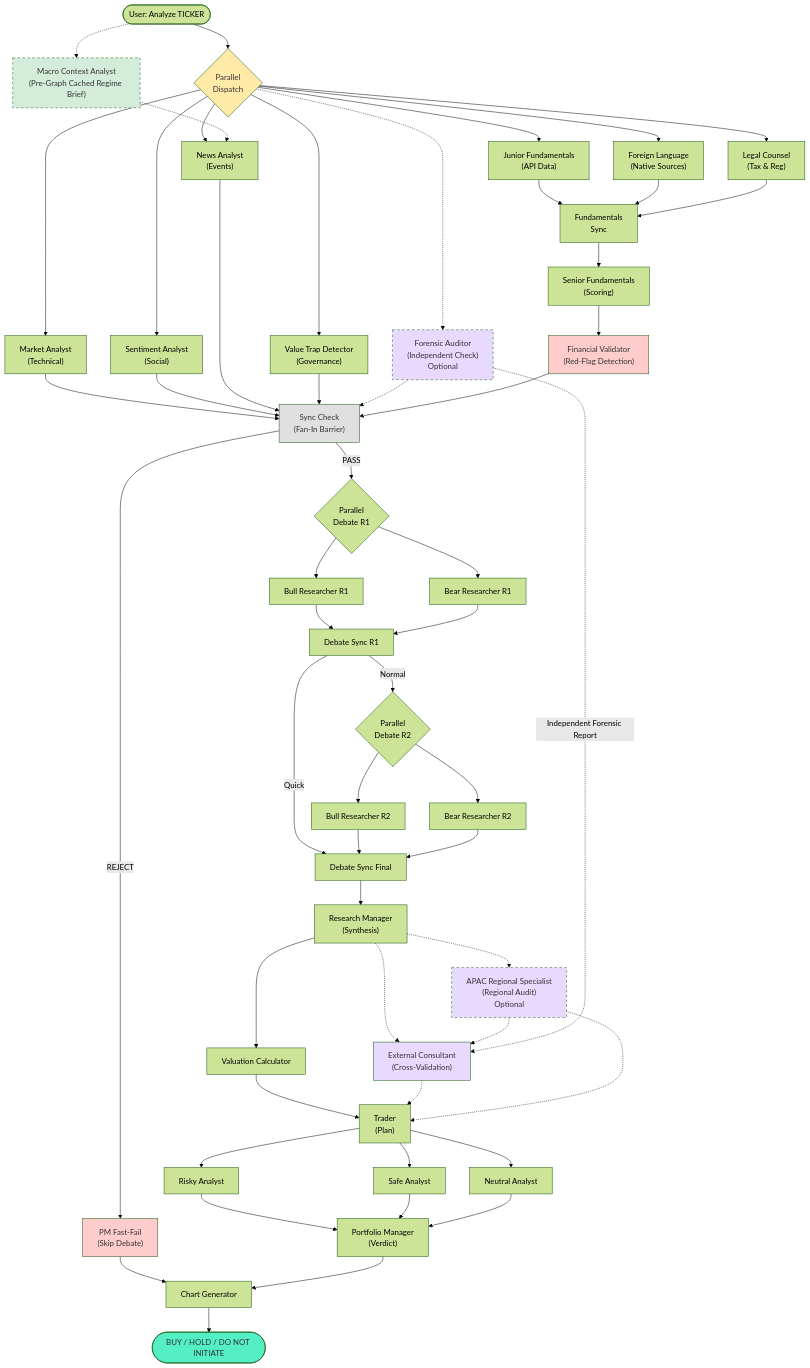
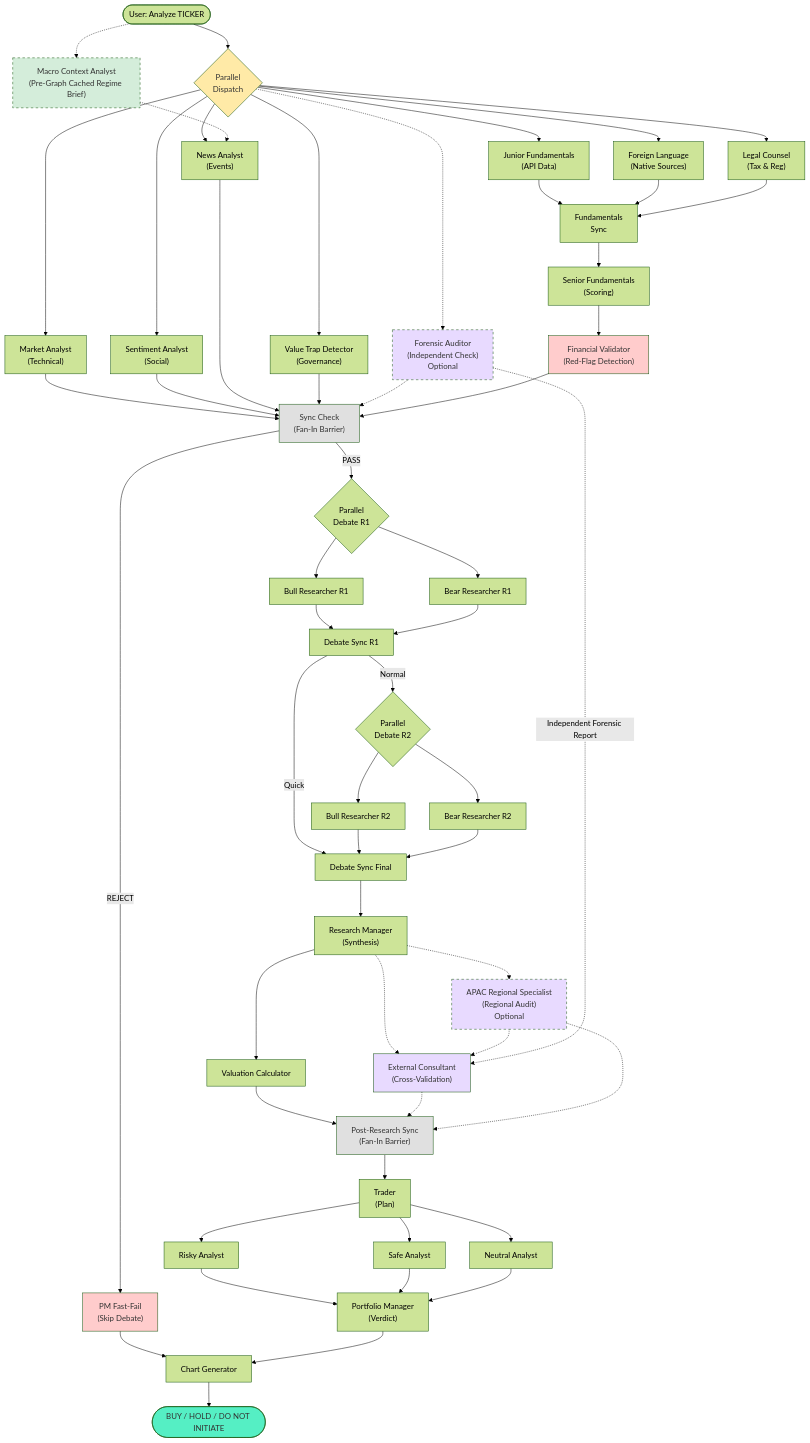
One commit to rgoerwit/ai-investment-agent changed the diagram in README.md. Above: the diagram before and after it, drawn with Mermaid (forest theme). The commit also changed other lines of this file, not shown here.

Commit message:
Align repo with code reality

````diff
--- a/README.md
+++ b/README.md
@@ -33,79 +33,82 @@
 ```mermaid
 graph TB
     Start(["User: Analyze TICKER"]) --> Dispatcher{"Parallel<br/>Dispatch"}
     Start -.-> MacroCtx["Macro Context Analyst<br/>(Pre-Graph Cached Regime Brief)"]
 
     Dispatcher --> MarketAnalyst["Market Analyst<br/>(Technical)"]
     Dispatcher --> SentimentAnalyst["Sentiment Analyst<br/>(Social)"]
     Dispatcher --> NewsAnalyst["News Analyst<br/>(Events)"]
     Dispatcher --> JuniorFund["Junior Fundamentals<br/>(API Data)"]
     Dispatcher --> ForeignLang["Foreign Language<br/>(Native Sources)"]
     Dispatcher --> LegalCounsel["Legal Counsel<br/>(Tax & Reg)"]
     Dispatcher --> ValueTrap["Value Trap Detector<br/>(Governance)"]
     Dispatcher -.-> Auditor["Forensic Auditor<br/>(Independent Check)<br/>Optional"]
 
     MacroCtx -.-> NewsAnalyst
 
     MarketAnalyst --> SyncCheck["Sync Check<br/>(Fan-In Barrier)"]
     SentimentAnalyst --> SyncCheck
     NewsAnalyst --> SyncCheck
     ValueTrap --> SyncCheck
     Auditor -.-> SyncCheck
 
     JuniorFund --> FundSync["Fundamentals<br/>Sync"]
     ForeignLang --> FundSync
     LegalCounsel --> FundSync
     FundSync --> SeniorFund["Senior Fundamentals<br/>(Scoring)"]
     SeniorFund --> Validator["Financial Validator<br/>(Red-Flag Detection)"]
     Validator --> SyncCheck
 
     SyncCheck -->|"REJECT"| PMFastFail["PM Fast-Fail<br/>(Skip Debate)"]
     SyncCheck -->|"PASS"| DebateR1{"Parallel<br/>Debate R1"}
 
     DebateR1 --> BullR1["Bull Researcher R1"]
     DebateR1 --> BearR1["Bear Researcher R1"]
     BullR1 --> DebateSyncR1["Debate Sync R1"]
     BearR1 --> DebateSyncR1
 
     DebateSyncR1 -->|"Normal"| DebateR2{"Parallel<br/>Debate R2"}
     DebateSyncR1 -->|"Quick"| DebateSyncFinal["Debate Sync Final"]
 
     DebateR2 --> BullR2["Bull Researcher R2"]
     DebateR2 --> BearR2["Bear Researcher R2"]
     BullR2 --> DebateSyncFinal
     BearR2 --> DebateSyncFinal
 
     DebateSyncFinal --> ResearchManager["Research Manager<br/>(Synthesis)"]
     ResearchManager --> ValuationCalc["Valuation Calculator"]
     ResearchManager -.-> APACSpecialist["APAC Regional Specialist<br/>(Regional Audit)<br/>Optional"]
     ResearchManager -.-> Consultant["External Consultant<br/>(Cross-Validation)"]
     APACSpecialist -.-> Consultant
     Auditor -.->|Independent Forensic Report| Consultant
 
-    ValuationCalc --> Trader["Trader<br/>(Plan)"]
-    Consultant -.-> Trader
-    APACSpecialist -.-> Trader
+    ValuationCalc --> PostSync["Post-Research Sync<br/>(Fan-In Barrier)"]
+    Consultant -.-> PostSync
+    APACSpecialist -.-> PostSync
+
+    PostSync --> Trader["Trader<br/>(Plan)"]
 
     Trader --> RiskyAnalyst["Risky Analyst"]
     Trader --> SafeAnalyst["Safe Analyst"]
     Trader --> NeutralAnalyst["Neutral Analyst"]
 
     RiskyAnalyst --> PortfolioManager["Portfolio Manager<br/>(Verdict)"]
     SafeAnalyst --> PortfolioManager
     NeutralAnalyst --> PortfolioManager
 
     PMFastFail --> ChartGen["Chart Generator"]
     PortfolioManager --> ChartGen
 
     ChartGen --> Decision(["BUY / HOLD / DO NOT INITIATE"])
 
     style Dispatcher fill:#ffeaa7,color:#333
     style MacroCtx fill:#d4edda,color:#333,stroke-dasharray: 5 5
     style SyncCheck fill:#e0e0e0,color:#333
+    style PostSync fill:#e0e0e0,color:#333
     style Validator fill:#ffcccc,color:#333
     style APACSpecialist fill:#e8daff,color:#333,stroke-dasharray: 5 5
     style Consultant fill:#e8daff,color:#333
     style Auditor fill:#e8daff,color:#333,stroke-dasharray: 5 5
     style PMFastFail fill:#ffcccc,color:#333
     style Decision fill:#55efc4,color:#333
 ```
````
